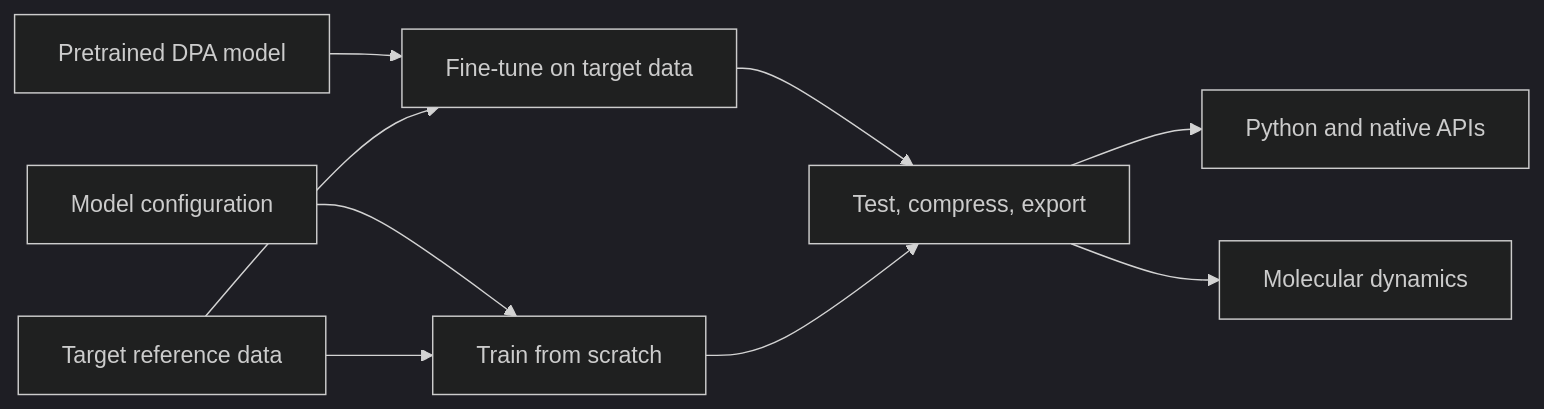
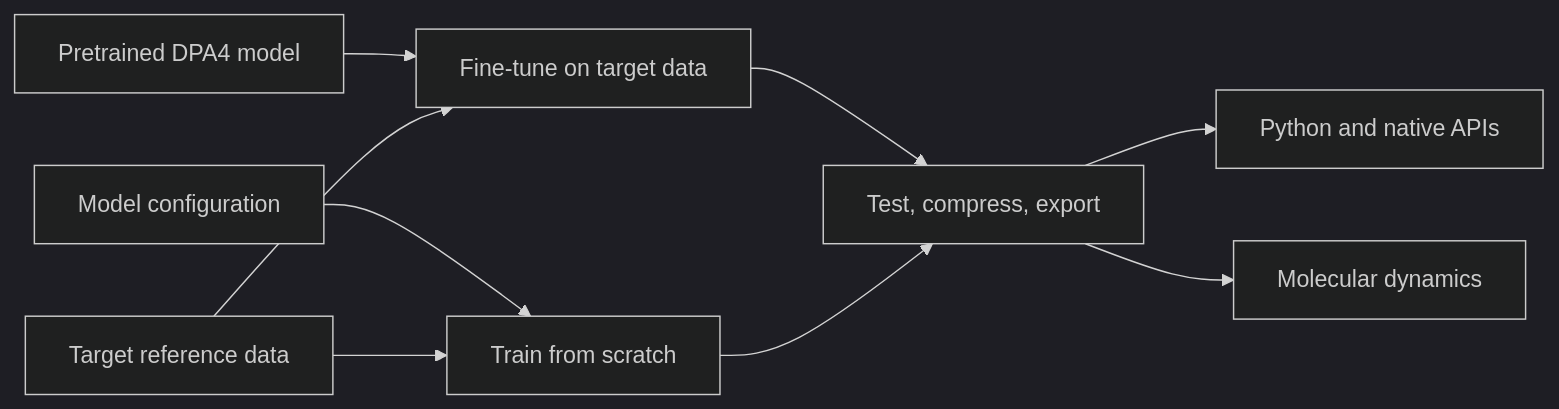
One commit to deepmodeling/deepmd-kit changed the diagram in README.md. Above: the diagram before and after it, drawn with Mermaid (dark theme). The commit also changed other lines of this file and 2 other files, not shown here.

First line of the commit message:
docs: recommend DPA4 and DPA4C in README (#5979)

````diff
--- a/README.md
+++ b/README.md
@@ -63,11 +63,11 @@
 ```mermaid
 flowchart LR
-    A["Pretrained DPA model"] --> C["Fine-tune on target data"]
+    A["Pretrained DPA4 model"] --> C["Fine-tune on target data"]
     B["Model configuration"] --> D["Train from scratch"]
     E["Target reference data"] --> C
     E --> D
     C --> F["Test, compress, export"]
     D --> F
     F --> G["Python and native APIs"]
     F --> H["Molecular dynamics"]
 ```
````
